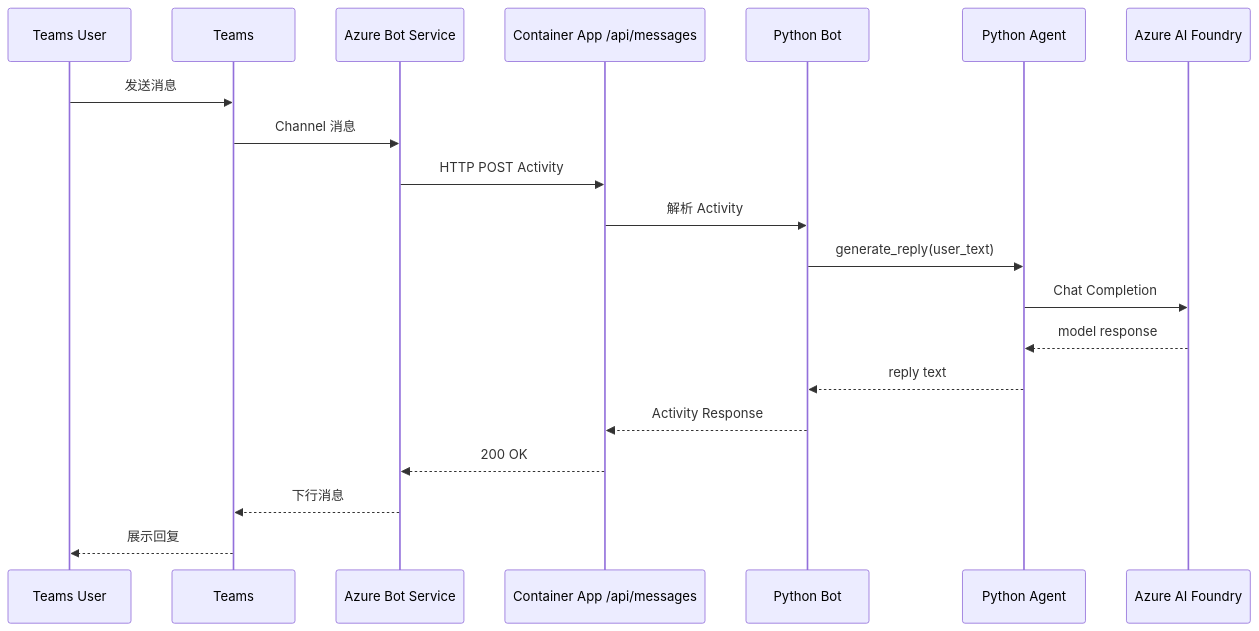
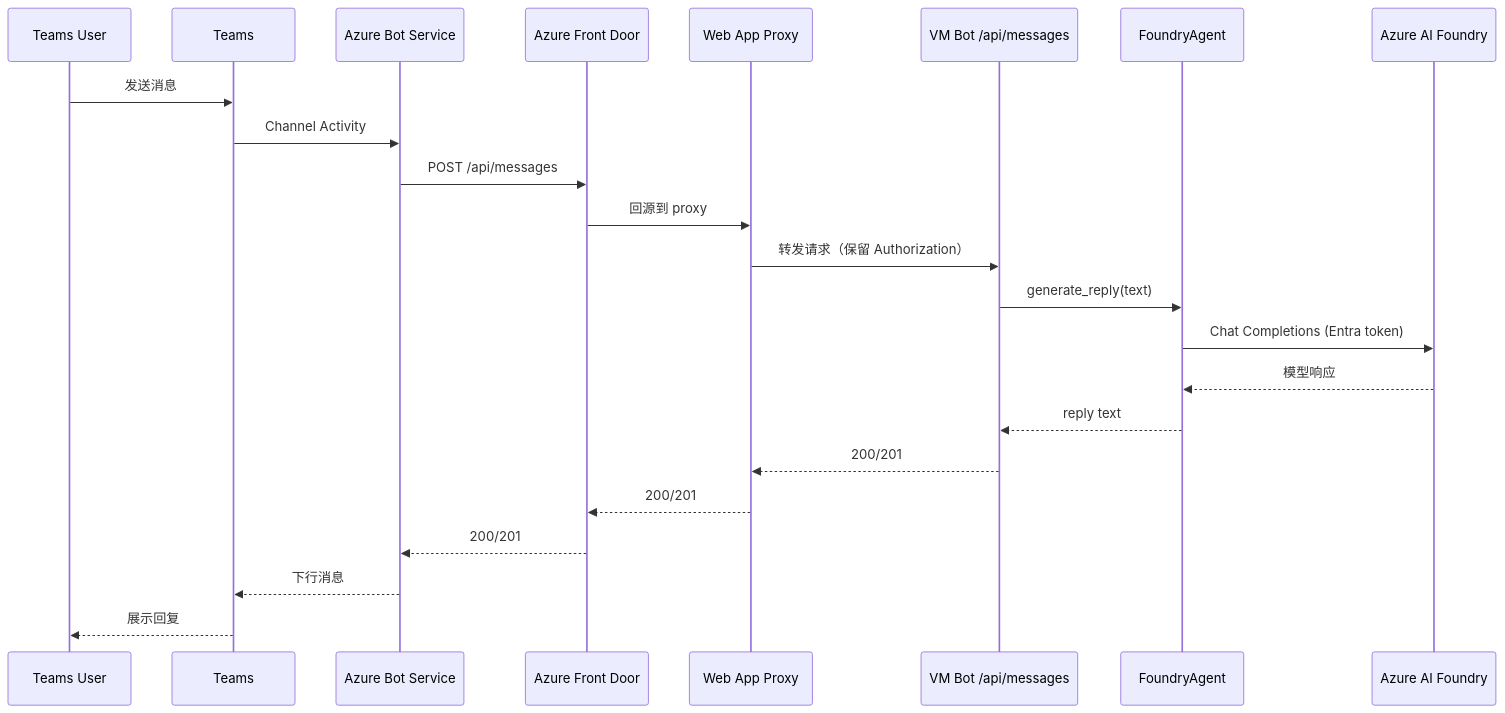
The second of 2 diagrams in README.md (gaussye/teams-app), drawn with Mermaid before and after one commit. The commit also changed other lines of this file and 1 other file, not shown here.

Commit message:
docs: update README architecture and test flow

````diff
--- a/README.md
+++ b/README.md
@@ -49,23 +54,26 @@
 ```mermaid
 sequenceDiagram
     participant User as Teams User
     participant Teams as Teams
     participant BotSvc as Azure Bot Service
-    participant App as Container App /api/messages
-    participant Bot as Python Bot
-    participant Agent as Python Agent
+    participant AFD as Azure Front Door
+    participant Proxy as Web App Proxy
+    participant VM as VM Bot /api/messages
+    participant Agent as FoundryAgent
     participant Foundry as Azure AI Foundry
 
     User->>Teams: 发送消息
-    Teams->>BotSvc: Channel 消息
-    BotSvc->>App: HTTP POST Activity
-    App->>Bot: 解析 Activity
-    Bot->>Agent: generate_reply(user_text)
-    Agent->>Foundry: Chat Completion
-    Foundry-->>Agent: model response
-    Agent-->>Bot: reply text
-    Bot-->>App: Activity Response
-    App-->>BotSvc: 200 OK
+    Teams->>BotSvc: Channel Activity
+    BotSvc->>AFD: POST /api/messages
+    AFD->>Proxy: 回源到 proxy
+    Proxy->>VM: 转发请求（保留 Authorization）
+    VM->>Agent: generate_reply(text)
+    Agent->>Foundry: Chat Completions (Entra token)
+    Foundry-->>Agent: 模型响应
+    Agent-->>VM: reply text
+    VM-->>Proxy: 200/201
+    Proxy-->>AFD: 200/201
+    AFD-->>BotSvc: 200/201
     BotSvc-->>Teams: 下行消息
     Teams-->>User: 展示回复
 ```
````
